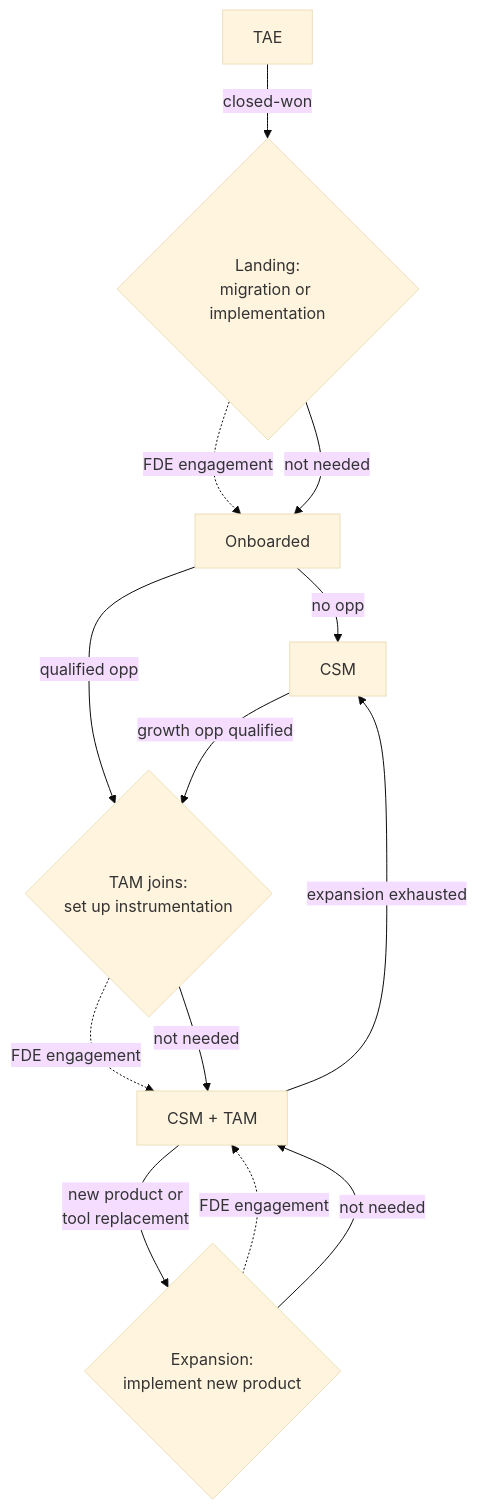
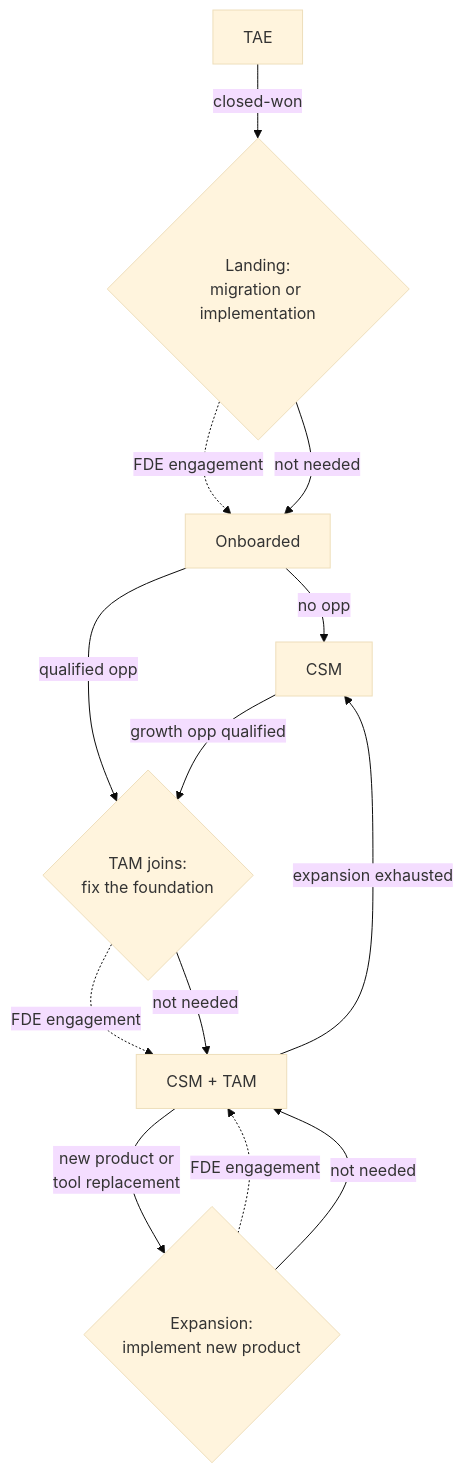
The diagram in contents/handbook/forward-deployed-engineering/working-with-sales-and-cs.md (PostHog/posthog.com), drawn with Mermaid (base theme) before and after one commit. The commit also changed other lines of this file and 4 other files, not shown here.

````diff
--- a/contents/handbook/forward-deployed-engineering/working-with-sales-and-cs.md
+++ b/contents/handbook/forward-deployed-engineering/working-with-sales-and-cs.md
@@ -31,15 +31,15 @@
 ```mermaid
 flowchart TB
   TAE["TAE"] -- "closed-won" --> G1{"Landing:<br>migration or implementation"}
   G1 -. "FDE engagement" .-> ONB["Onboarded"]
   G1 -- "not needed" --> ONB
   ONB -- "no opp" --> CSM["CSM"]
   ONB -- "qualified opp" --> G2
-  CSM -- "growth opp qualified" --> G2{"TAM joins:<br>set up instrumentation"}
+  CSM -- "growth opp qualified" --> G2{"TAM joins:<br>fix the foundation"}
   G2 -. "FDE engagement" .-> BOTH["CSM + TAM"]
   G2 -- "not needed" --> BOTH
   BOTH -- "new product or<br>tool replacement" --> G3{"Expansion:<br>implement new product"}
   G3 -. "FDE engagement" .-> BOTH
   G3 -- "not needed" --> BOTH
   BOTH -- "expansion exhausted" --> CSM
 ```
````
